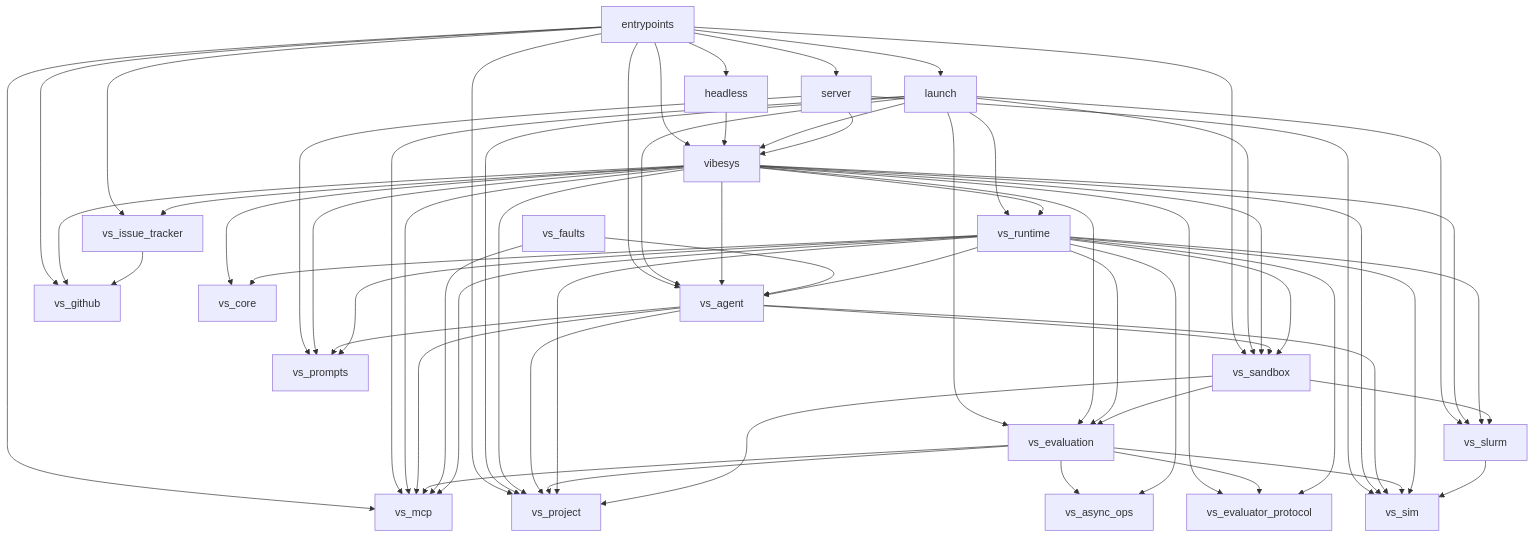
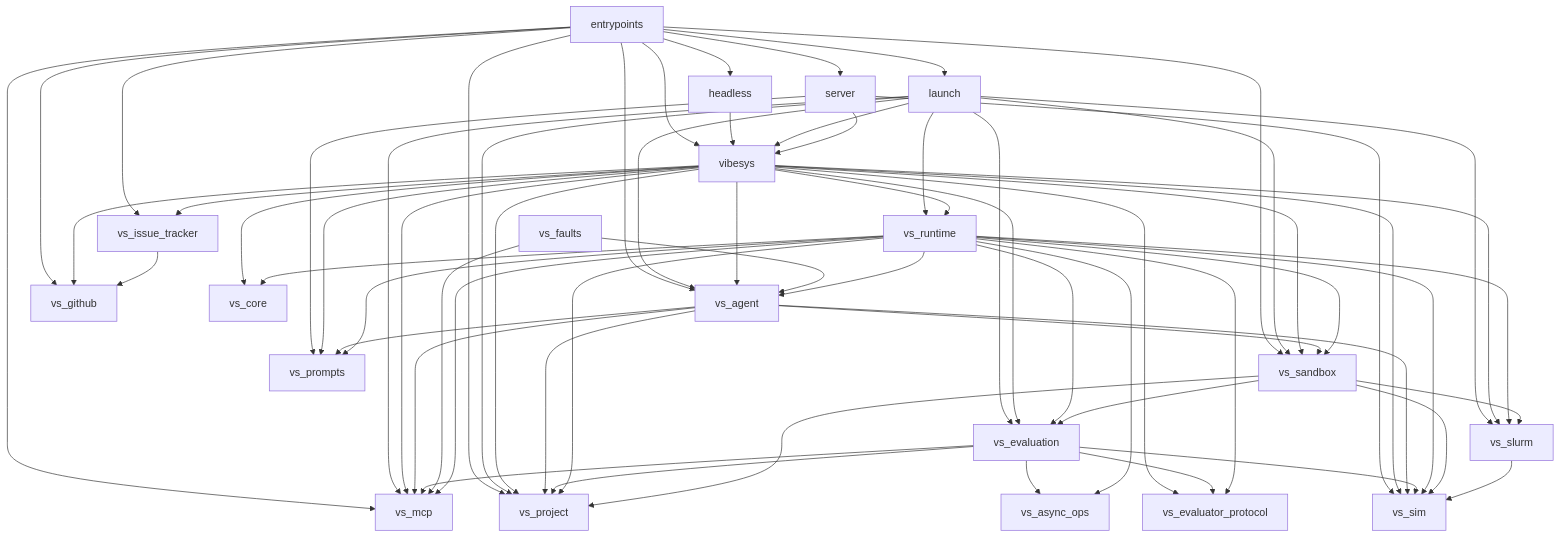
Before and after one commit to uw-syfi/vibesys: the diagram in docs/contributing/architecture.md, drawn with Mermaid. The commit also changed 14 other files, not shown here.

````diff
--- a/docs/contributing/architecture.md
+++ b/docs/contributing/architecture.md
@@ -104,66 +104,67 @@
 ```mermaid
 graph TD
     entrypoints --> headless
     entrypoints --> launch
     entrypoints --> server
     entrypoints --> vibesys
     entrypoints --> vs_agent
     entrypoints --> vs_github
     entrypoints --> vs_issue_tracker
     entrypoints --> vs_mcp
     entrypoints --> vs_project
     entrypoints --> vs_sandbox
     headless --> vibesys
     launch --> vibesys
     launch --> vs_agent
     launch --> vs_evaluation
     launch --> vs_mcp
     launch --> vs_project
     launch --> vs_runtime
     launch --> vs_sandbox
     launch --> vs_slurm
     server --> vibesys
     server --> vs_prompts
     server --> vs_sim
     vibesys --> vs_agent
     vibesys --> vs_core
     vibesys --> vs_evaluation
     vibesys --> vs_evaluator_protocol
     vibesys --> vs_github
     vibesys --> vs_issue_tracker
     vibesys --> vs_mcp
     vibesys --> vs_project
     vibesys --> vs_prompts
     vibesys --> vs_runtime
     vibesys --> vs_sandbox
     vibesys --> vs_sim
     vibesys --> vs_slurm
     vs_agent --> vs_mcp
     vs_agent --> vs_project
     vs_agent --> vs_prompts
     vs_agent --> vs_sandbox
     vs_agent --> vs_sim
     vs_evaluation --> vs_async_ops
     vs_evaluation --> vs_evaluator_protocol
     vs_evaluation --> vs_mcp
     vs_evaluation --> vs_project
     vs_evaluation --> vs_sim
     vs_faults --> vs_agent
     vs_faults --> vs_mcp
     vs_issue_tracker --> vs_github
     vs_runtime --> vs_agent
     vs_runtime --> vs_async_ops
     vs_runtime --> vs_core
     vs_runtime --> vs_evaluation
     vs_runtime --> vs_evaluator_protocol
     vs_runtime --> vs_mcp
     vs_runtime --> vs_project
     vs_runtime --> vs_prompts
     vs_runtime --> vs_sandbox
     vs_runtime --> vs_sim
     vs_runtime --> vs_slurm
     vs_sandbox --> vs_evaluation
     vs_sandbox --> vs_project
+    vs_sandbox --> vs_sim
     vs_sandbox --> vs_slurm
     vs_slurm --> vs_sim
 ```
````
